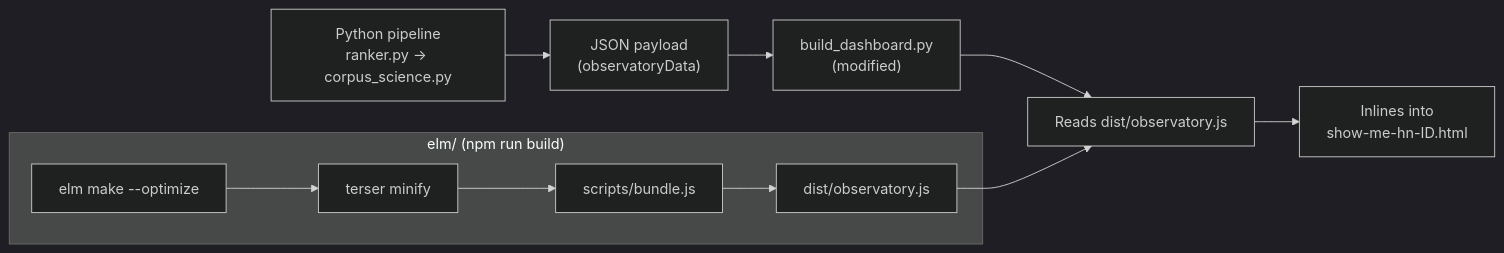
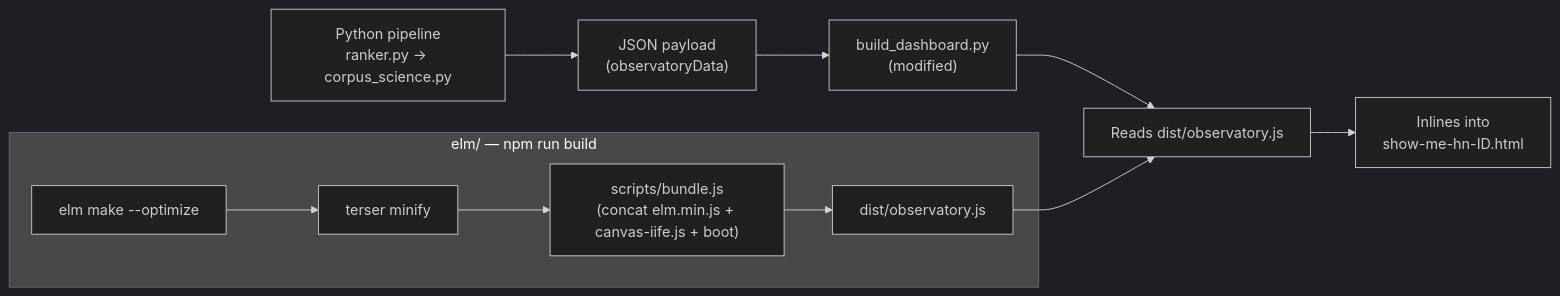
One commit to ianchanning/hn changed the diagram in wiki/TYPES.md. Above: the diagram before and after it, drawn with Mermaid (dark theme). The commit also changed other lines of this file and 9 other files, not shown here.

````diff
--- a/wiki/TYPES.md
+++ b/wiki/TYPES.md
@@ -657,15 +679,15 @@
 ```mermaid
 flowchart LR
     A["Python pipeline<br/>ranker.py → corpus_science.py"] --> B["JSON payload<br/>(observatoryData)"]
     B --> C["build_dashboard.py<br/>(modified)"]
     C --> D["Reads dist/observatory.js"]
     D --> E["Inlines into<br/>show-me-hn-ID.html"]
 
-    subgraph "elm/ (npm run build)"
+    subgraph "elm/ — npm run build"
         F["elm make --optimize"] --> G["terser minify"]
-        G --> H["scripts/bundle.js"]
+        G --> H["scripts/bundle.js<br/>(concat elm.min.js + canvas-iife.js + boot)"]
         H --> I["dist/observatory.js"]
     end
 
     I --> D
 ```
````
